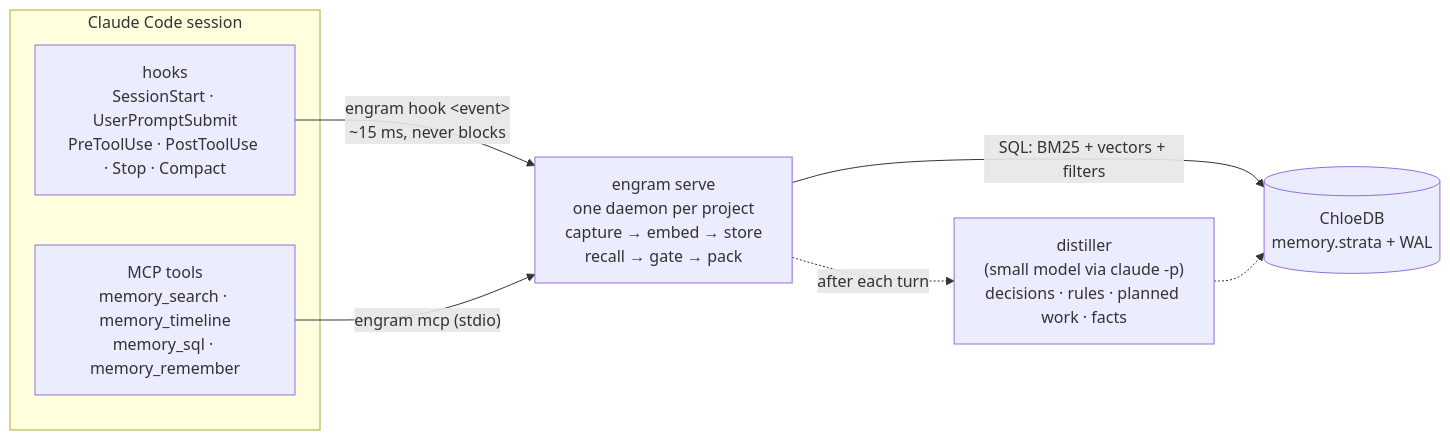
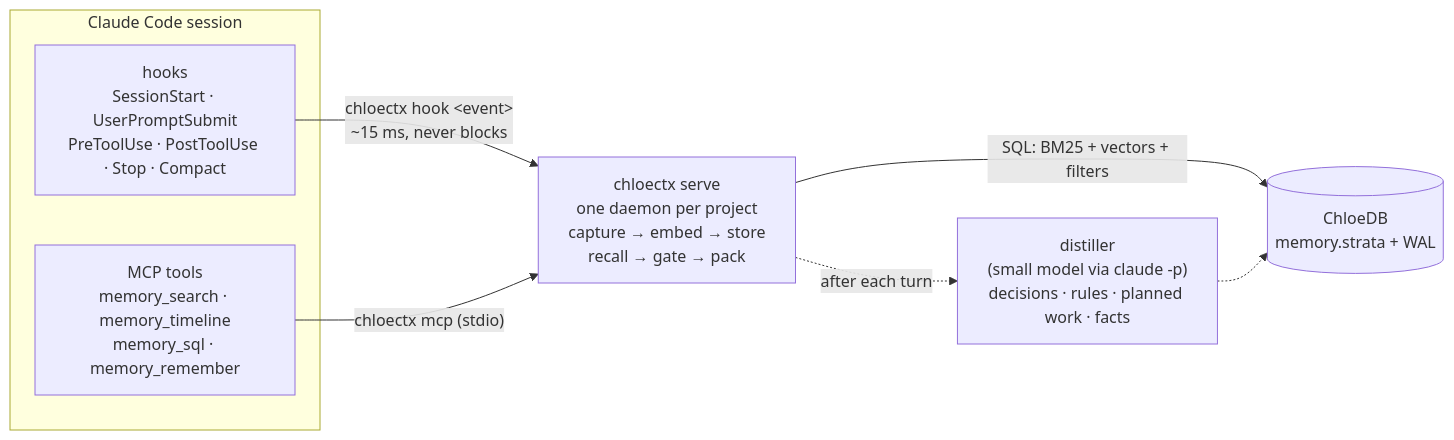
One commit to chloetech-ai/chloedb changed the second of 2 diagrams in README.md. Above: the diagram before and after it, drawn with Mermaid. The commit also changed other lines of this file and 1087 other files, not shown here.

````diff
--- a/README.md
+++ b/README.md
@@ -160,13 +160,13 @@
 ```mermaid
 flowchart LR
     subgraph CC["Claude Code session"]
         HK["hooks<br/>SessionStart · UserPromptSubmit<br/>PreToolUse · PostToolUse · Stop · Compact"]
         MCP["MCP tools<br/>memory_search · memory_timeline<br/>memory_sql · memory_remember"]
     end
-    HK -- "engram hook &lt;event&gt;<br/>~15 ms, never blocks" --> D
-    MCP -- "engram mcp (stdio)" --> D
-    D["engram serve<br/>one daemon per project<br/>capture → embed → store<br/>recall → gate → pack"]
+    HK -- "chloectx hook &lt;event&gt;<br/>~15 ms, never blocks" --> D
+    MCP -- "chloectx mcp (stdio)" --> D
+    D["chloectx serve<br/>one daemon per project<br/>capture → embed → store<br/>recall → gate → pack"]
     D -- "SQL: BM25 + vectors + filters" --> S[("ChloeDB<br/>memory.strata + WAL")]
     D -. "after each turn" .-> DL["distiller<br/>(small model via claude -p)<br/>decisions · rules · planned work · facts"]
     DL -.-> S
 ```
````
